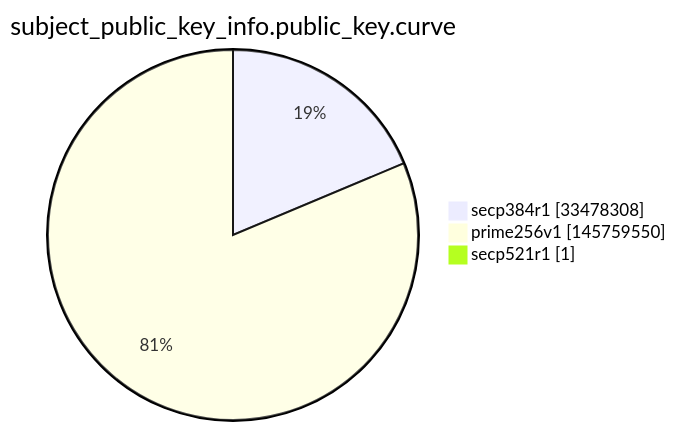
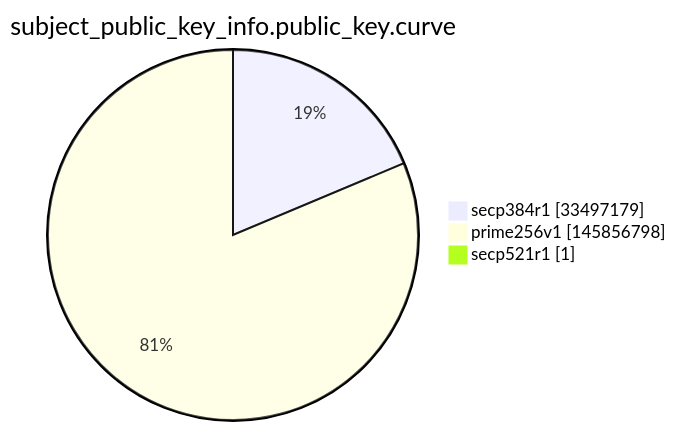
Before and after one commit to christiankrug/ctmonitor_visualization: the ninth of 15 diagrams in argon2022/README.md, drawn with Mermaid. The commit also changed other lines of this file, not shown here.

````diff
--- a/argon2022/README.md
+++ b/argon2022/README.md
@@ -2764,7 +2764,7 @@
 ```mermaid
 pie showData
 title subject_public_key_info.public_key.curve
-"secp384r1" :33478308
-"prime256v1" :145759550
+"secp384r1" :33497179
+"prime256v1" :145856798
 "secp521r1" :1
 ```
````
